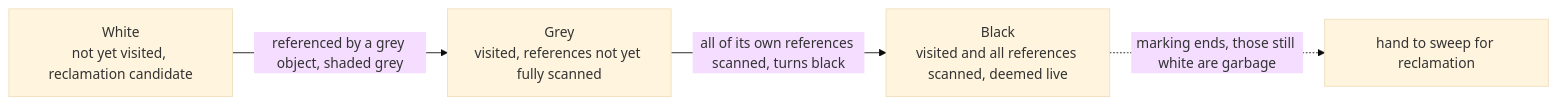
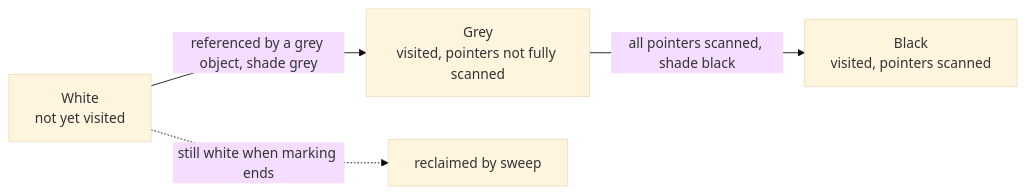
The first of 3 diagrams in book/en-us/part4memory/ch13gc/basic.md (golang-design/under-the-hood), drawn with Mermaid (base theme) before and after one commit. The commit also changed other lines of this file and 30 other files, not shown here.

````diff
--- a/book/en-us/part4memory/ch13gc/basic.md
+++ b/book/en-us/part4memory/ch13gc/basic.md
@@ -77,6 +206,6 @@
 ```mermaid
 flowchart LR
-    W["White<br/>not yet visited, reclamation candidate"] -->|"referenced by a grey object, shaded grey"| G["Grey<br/>visited, references not yet fully scanned"]
-    G -->|"all of its own references scanned, turns black"| B["Black<br/>visited and all references scanned, deemed live"]
-    B -.->|"marking ends, those still white are garbage"| DONE["hand to sweep for reclamation"]
+    W["White<br/>not yet visited"] -->|"referenced by a grey object, shade grey"| G["Grey<br/>visited, pointers not fully scanned"]
+    G -->|"all pointers scanned, shade black"| B["Black<br/>visited, pointers scanned"]
+    W -.->|"still white when marking ends"| F["reclaimed by sweep"]
 ```
````
